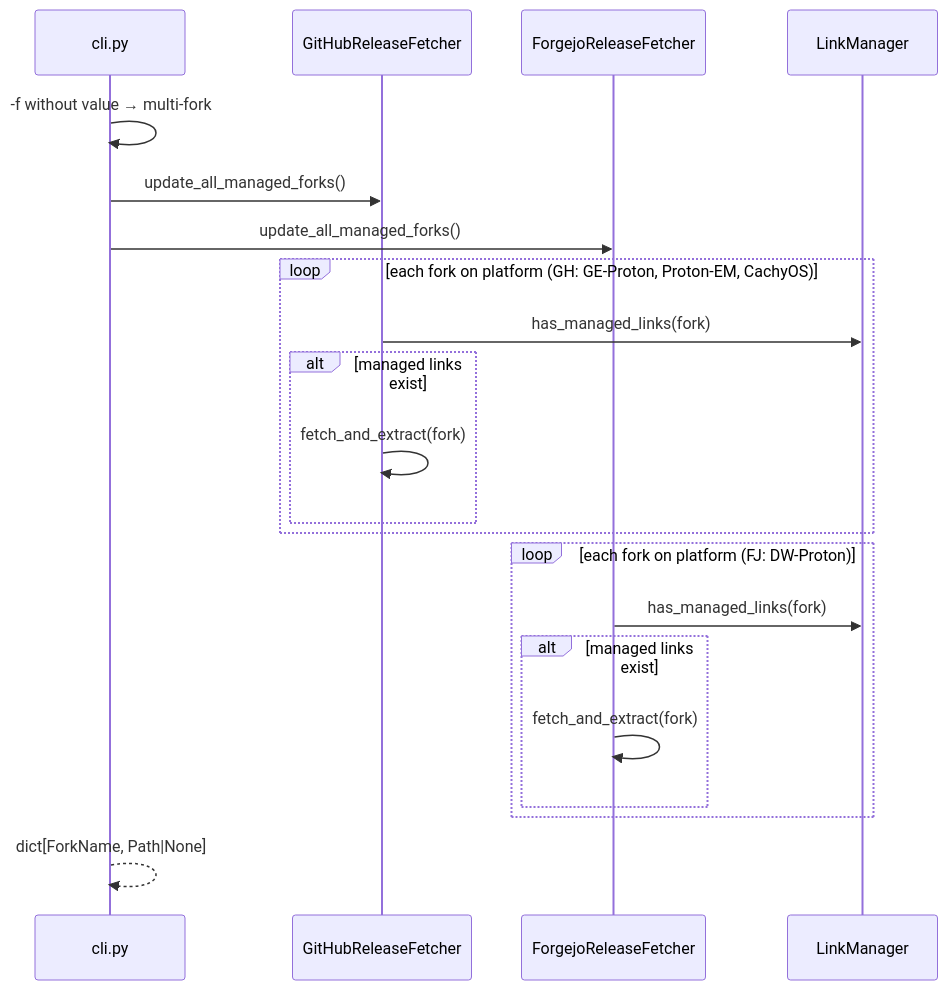
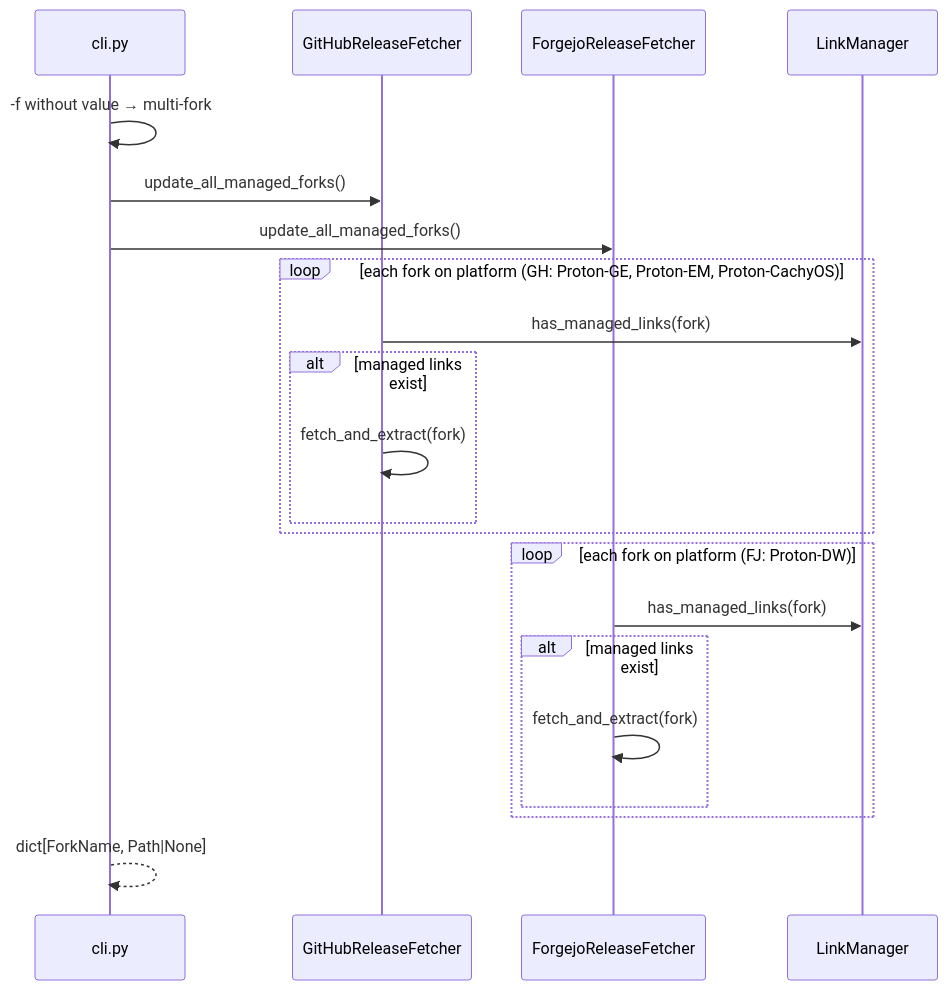
The sixth of 11 diagrams in DESIGN.md (WombatFromHell/protonge-fetcher), drawn with Mermaid before and after one commit. The commit also changed other lines of this file and 28 other files, not shown here.

````diff
--- a/DESIGN.md
+++ b/DESIGN.md
@@ -312,27 +312,27 @@
 ```mermaid
 sequenceDiagram
     participant CLI as cli.py
     participant GH as GitHubReleaseFetcher
     participant FJ as ForgejoReleaseFetcher
     participant LM as LinkManager
 
     CLI->>CLI: -f without value → multi-fork
     CLI->>GH: update_all_managed_forks()
     CLI->>FJ: update_all_managed_forks()
 
-    loop each fork on platform (GH: GE-Proton, Proton-EM, CachyOS)
+    loop each fork on platform (GH: Proton-GE, Proton-EM, Proton-CachyOS)
         GH->>LM: has_managed_links(fork)
         alt managed links exist
             GH->>GH: fetch_and_extract(fork)
         end
     end
 
-    loop each fork on platform (FJ: DW-Proton)
+    loop each fork on platform (FJ: Proton-DW)
         FJ->>LM: has_managed_links(fork)
         alt managed links exist
             FJ->>FJ: fetch_and_extract(fork)
         end
     end
 
     CLI-->>CLI: dict[ForkName, Path|None]
 ```
````
